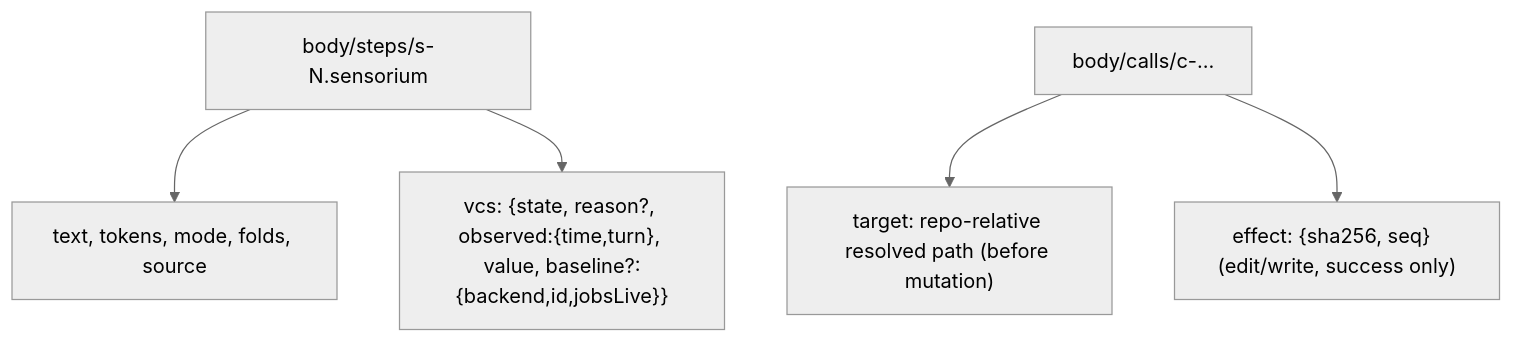
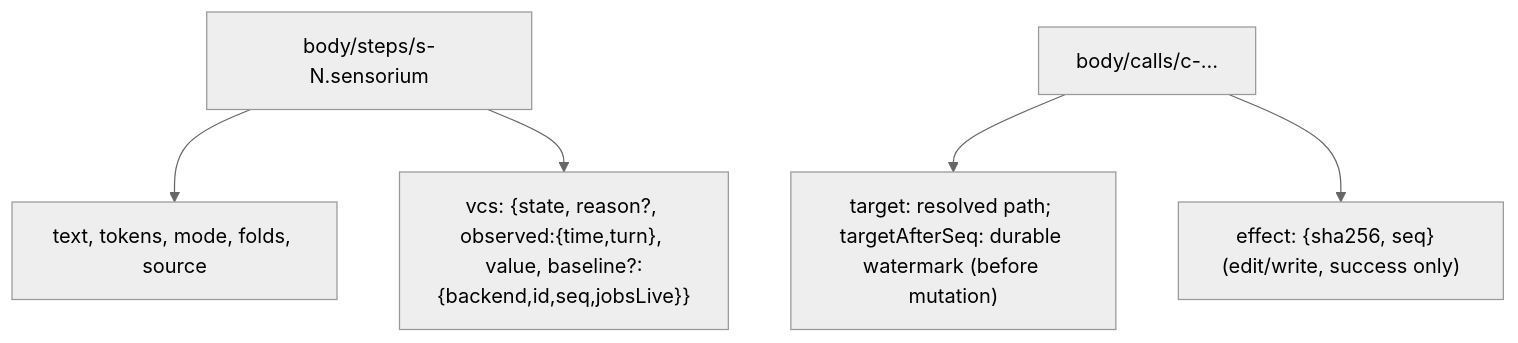
One commit to sh1ny/kehai changed the fourth of 4 diagrams in openspec/changes/vcs-changes-and-notices/design.md. Above: the diagram before and after it, drawn with Mermaid (neutral theme). The commit also changed other lines of this file and 4 other files, not shown here.

````diff
--- a/openspec/changes/vcs-changes-and-notices/design.md
+++ b/openspec/changes/vcs-changes-and-notices/design.md
@@ -160,7 +162,7 @@
 ```mermaid
 flowchart TB
   S["body/steps/s-N.sensorium"] --> T[text, tokens, mode, folds, source]
-  S --> V["vcs: {state, reason?, observed:{time,turn}, value, baseline?:{backend,id,jobsLive}}"]
-  K["body/calls/c-…"] --> TG["target: repo-relative resolved path (before mutation)"]
+  S --> V["vcs: {state, reason?, observed:{time,turn}, value, baseline?:{backend,id,seq,jobsLive}}"]
+  K["body/calls/c-…"] --> TG["target: resolved path; targetAfterSeq: durable watermark (before mutation)"]
   K --> E["effect: {sha256, seq}  (edit/write, success only)"]
 ```
````
